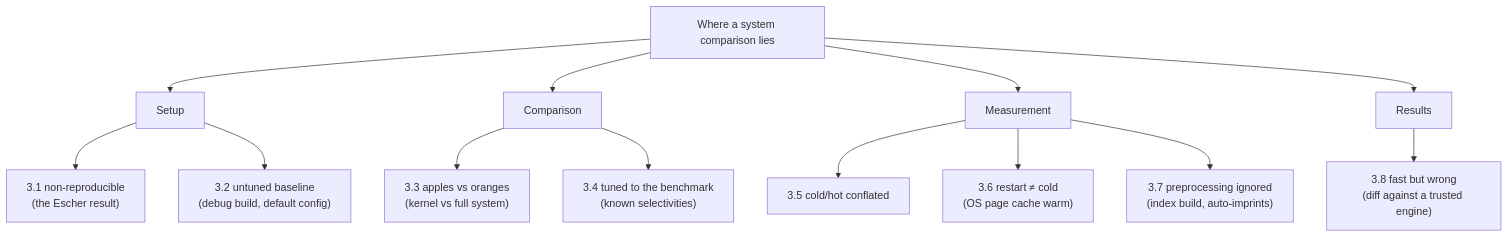
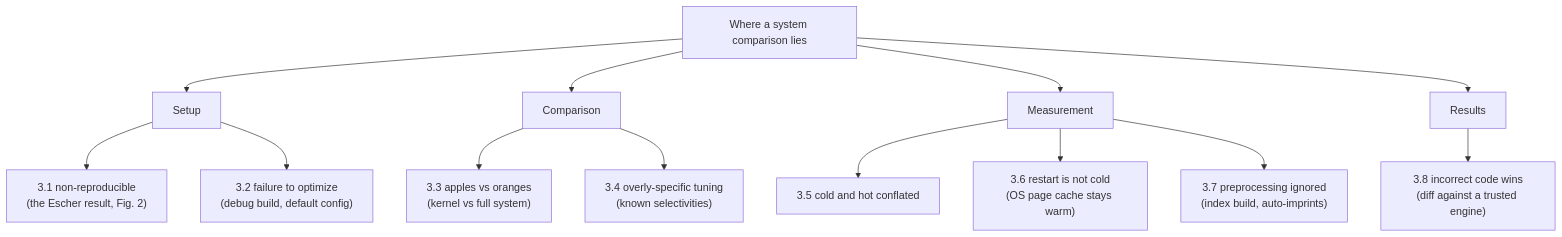
The diagram in topics/00-performance-toolbox/reading-fair-benchmarking.md (AviAvni/database-learning-path), drawn with Mermaid before and after one commit. The commit also changed other lines of this file and 4 other files, not shown here.

````diff
--- a/topics/00-performance-toolbox/reading-fair-benchmarking.md
+++ b/topics/00-performance-toolbox/reading-fair-benchmarking.md
@@ -30,16 +39,16 @@
 ```mermaid
 flowchart TD
     Q["Where a system comparison lies"]
     Q --> SU["Setup"]
     Q --> CMP["Comparison"]
     Q --> MEA["Measurement"]
     Q --> RES["Results"]
-    SU --> P1["3.1 non-reproducible<br/>(the Escher result)"]
-    SU --> P2["3.2 untuned baseline<br/>(debug build, default config)"]
+    SU --> P1["3.1 non-reproducible<br/>(the Escher result, Fig. 2)"]
+    SU --> P2["3.2 failure to optimize<br/>(debug build, default config)"]
     CMP --> P3["3.3 apples vs oranges<br/>(kernel vs full system)"]
-    CMP --> P4["3.4 tuned to the benchmark<br/>(known selectivities)"]
-    MEA --> P5["3.5 cold/hot conflated"]
-    MEA --> P6["3.6 restart ≠ cold<br/>(OS page cache warm)"]
+    CMP --> P4["3.4 overly-specific tuning<br/>(known selectivities)"]
+    MEA --> P5["3.5 cold and hot conflated"]
+    MEA --> P6["3.6 restart is not cold<br/>(OS page cache stays warm)"]
     MEA --> P7["3.7 preprocessing ignored<br/>(index build, auto-imprints)"]
-    RES --> P8["3.8 fast but wrong<br/>(diff against a trusted engine)"]
+    RES --> P8["3.8 incorrect code wins<br/>(diff against a trusted engine)"]
 ```
````
